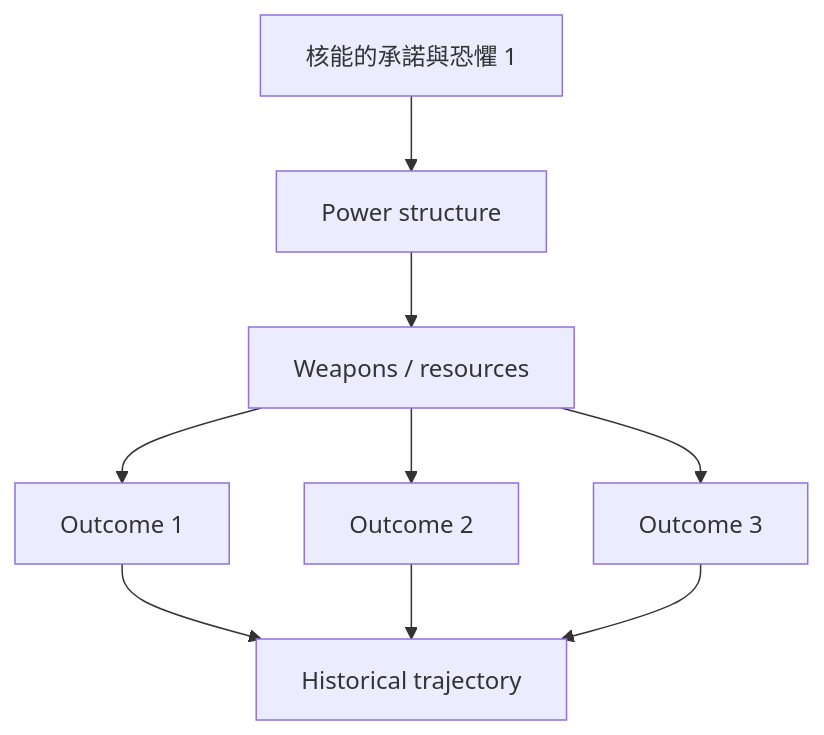
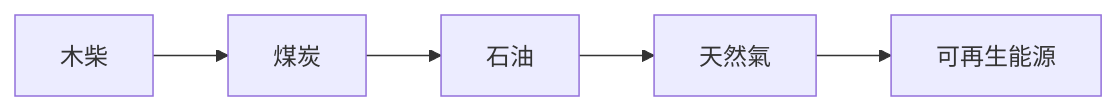
One commit to yip-lgtm/HKU-Harvard-History-Self-Study changed the third of 6 diagrams in 01_HKU_Courses/HIST2193_History_of_Energy.md. Above: the diagram before and after it, drawn with Mermaid. The commit also changed other lines of this file and 48 other files, not shown here.

````diff
--- a/01_HKU_Courses/HIST2193_History_of_Energy.md
+++ b/01_HKU_Courses/HIST2193_History_of_Energy.md
@@ -228,11 +111,7 @@
 ```mermaid
-graph TD
-    A[核能的承諾與恐懼 1] --> B[Power structure]
-    B --> C[Weapons / resources]
-    C --> D[Outcome 1]
-    C --> E[Outcome 2]
-    C --> F[Outcome 3]
-    D --> G[Historical trajectory]
-    E --> G
-    F --> G
+flowchart LR
+    A[木柴] --> B[煤炭]
+    B --> C[石油]
+    C --> D[天然氣]
+    D --> E[可再生能源]
 ```
````
